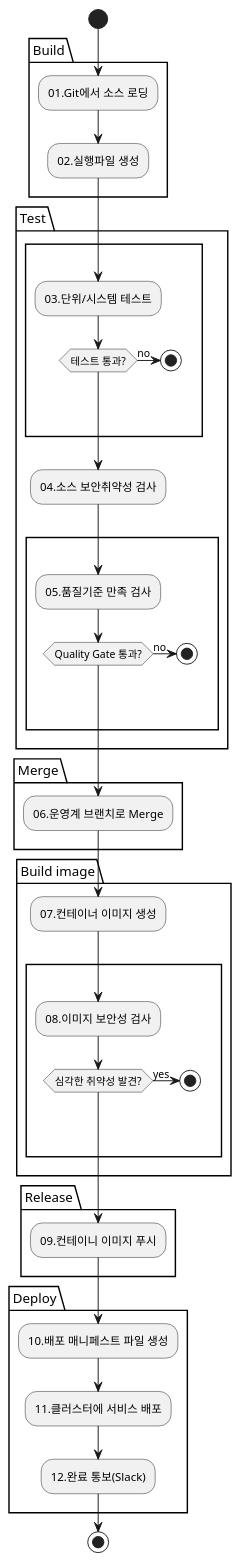
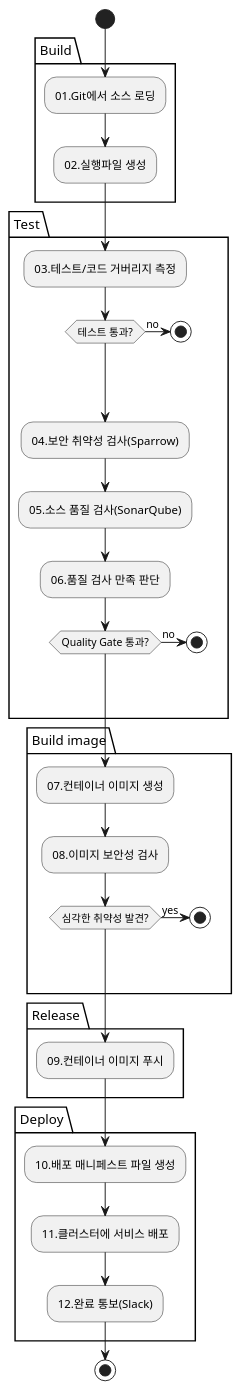
One commit to cna-bootcamp/uml-scripts changed the diagram in msa/cicd_pipeline.puml. Above: the diagram before and after it, drawn with PlantUML. The commit also changed 1 other file, not shown here.

```diff
--- a/msa/cicd_pipeline.puml
+++ b/msa/cicd_pipeline.puml
@@ -1,48 +1,42 @@
 @startuml
 skinparam monochrome true
+skinparam padding 1
 start
-
 package "Build" {
     :01.Git에서 소스 로딩;
     :02.실행파일 생성;
 }
 package "Test" {
-    rectangle {
-        :03.단위/시스템 테스트;
-        if (테스트 통과?) then (no)
-            stop
-        endif
-    }
-    :04.소스 보안취약성 검사;
-    rectangle {
-        :05.품질기준 만족 검사;
-        if (Quality Gate 통과?) then (no)
-            stop
-        endif
-    }
-}
-package "Merge" {
-    :06.운영계 브랜치로 Merge;
+      :03.테스트/코드 거버리지 측정;
+      if (테스트 통과?) then (no)
+          stop
+      endif
+  
+    :04.보안 취약성 검사(Sparrow);
+    :05.소스 품질 검사(SonarQube);
+  
+    :06.품질 검사 만족 판단;
+    if (Quality Gate 통과?) then (no)
+        stop
+    endif
 }
 
 package "Build image" {
     :07.컨테이너 이미지 생성;
-    rectangle {
-        :08.이미지 보안성 검사;
-        if (심각한 취약성 발견?) then (yes)
-            stop
-        endif
-    }
+    :08.이미지 보안성 검사;
+    if (심각한 취약성 발견?) then (yes)
+        stop
+    endif
 }
 
 package "Release" {
-    :09.컨테이니 이미지 푸시;
+    :09.컨테이너 이미지 푸시;
 }
 
 package "Deploy" {
     :10.배포 매니페스트 파일 생성;
     :11.클러스터에 서비스 배포;
     :12.완료 통보(Slack);
 }
 stop
 @enduml
```
